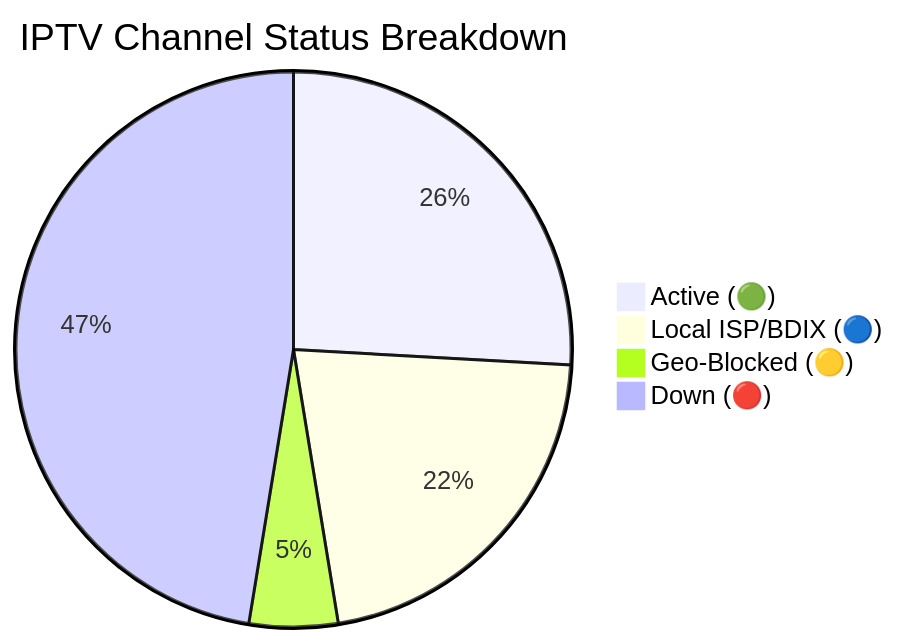
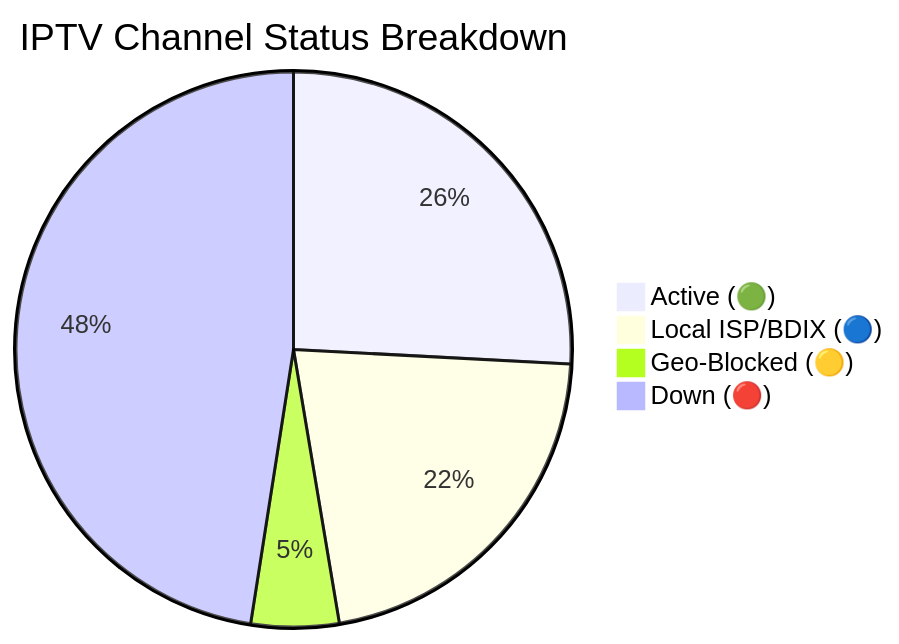
One commit to Zaman-Topu/Ip-tv-Collection changed the diagram in README.md. Above: the diagram before and after it, drawn with Mermaid. The commit also changed other lines of this file and 6 other files, not shown here.

````diff
--- a/README.md
+++ b/README.md
@@ -118,7 +118,7 @@
 ```mermaid
 pie title IPTV Channel Status Breakdown
-    "Active (🟢)" : 10785
-    "Local ISP/BDIX (🔵)" : 8970
-    "Geo-Blocked (🟡)" : 2149
-    "Down (🔴)" : 19758
+    "Active (🟢)" : 10765
+    "Local ISP/BDIX (🔵)" : 8967
+    "Geo-Blocked (🟡)" : 2131
+    "Down (🔴)" : 19805
 ```
````
